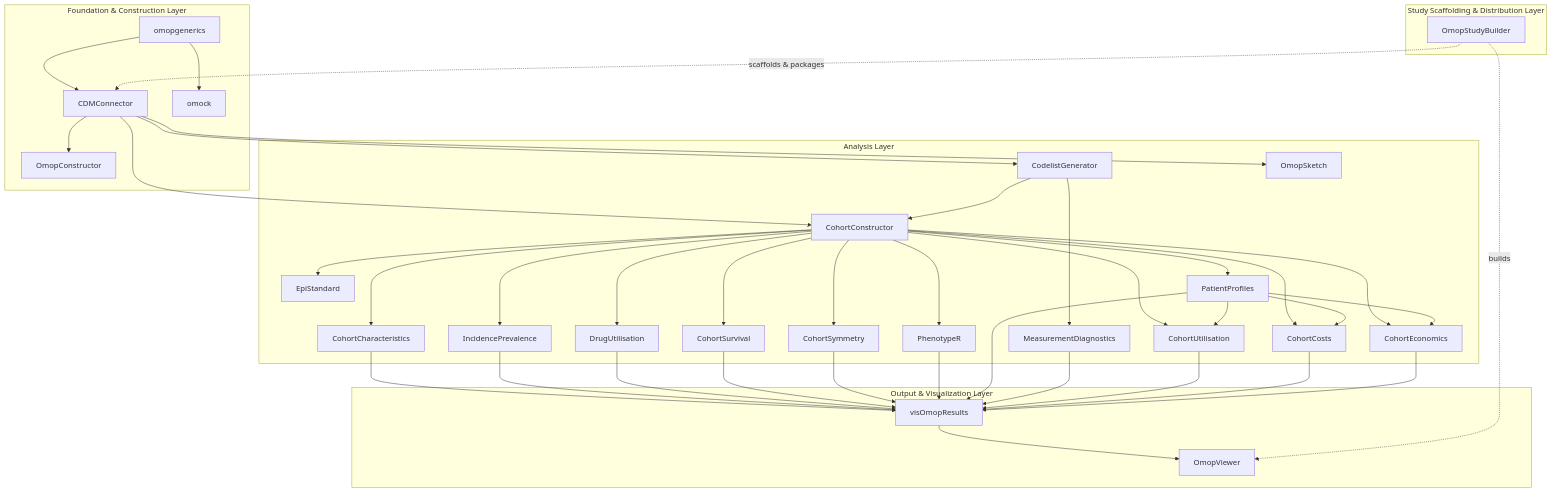
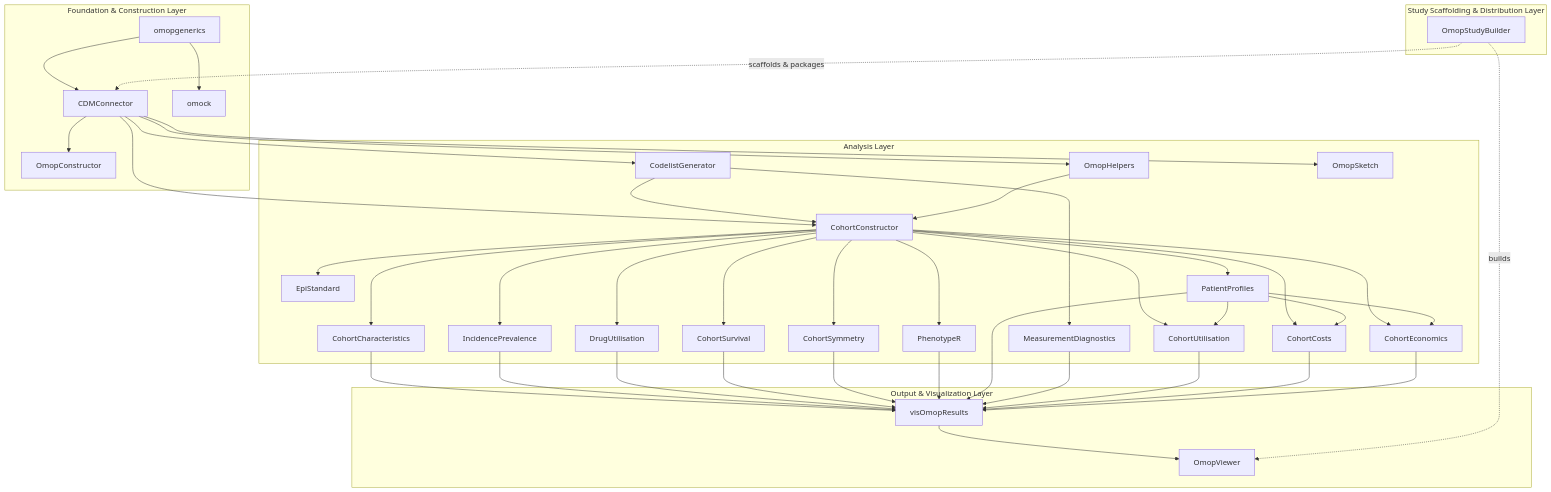
One commit to iomedhealth/OmopAnalyticsGuide changed the diagram in docs/data_analysis/package_reference/index.md. Above: the diagram before and after it, drawn with Mermaid. The commit also changed other lines of this file and 19 other files, not shown here.

Commit message:
docs: standardize package conventions, add OmopHelpers reference, and sort navigation

````diff
--- a/docs/data_analysis/package_reference/index.md
+++ b/docs/data_analysis/package_reference/index.md
@@ -38,52 +38,54 @@
 ```mermaid
 graph TB
     subgraph "Study Scaffolding & Distribution Layer"
         SB["OmopStudyBuilder"]
     end
 
     subgraph "Foundation & Construction Layer"
         A["omopgenerics"] --> B["CDMConnector"]
         A --> C["omock"]
         B --> OC["OmopConstructor"]
     end
 
     subgraph "Analysis Layer"
         B --> D["CodelistGenerator"]
+        B --> OH["OmopHelpers"]
         B --> E["CohortConstructor"]
         B --> F["OmopSketch"]
         D --> E
+        OH --> E
         E --> G["CohortCharacteristics"]
         E --> H["IncidencePrevalence"]
         E --> I["DrugUtilisation"]
         E --> J["CohortSurvival"]
         E --> CSYM["CohortSymmetry"]
         E --> ES["EpiStandard"]
         E --> K["PhenotypeR"]
         D --> MD["MeasurementDiagnostics"]
         E --> M["PatientProfiles"]
         E --> N1["CohortUtilisation"]
         E --> N2["CohortCosts"]
         E --> N3["CohortEconomics"]
         M --> N1
         M --> N2
         M --> N3
     end
 
     subgraph "Output & Visualization Layer"
         G --> L["visOmopResults"]
         H --> L
         I --> L
         J --> L
         CSYM --> L
         K --> L
         M --> L
         MD --> L
         N1 --> L
         N2 --> L
         N3 --> L
         L --> OV["OmopViewer"]
     end
 
     SB -. scaffolds & packages .-> B
     SB -. builds .-> OV
 ```
````
